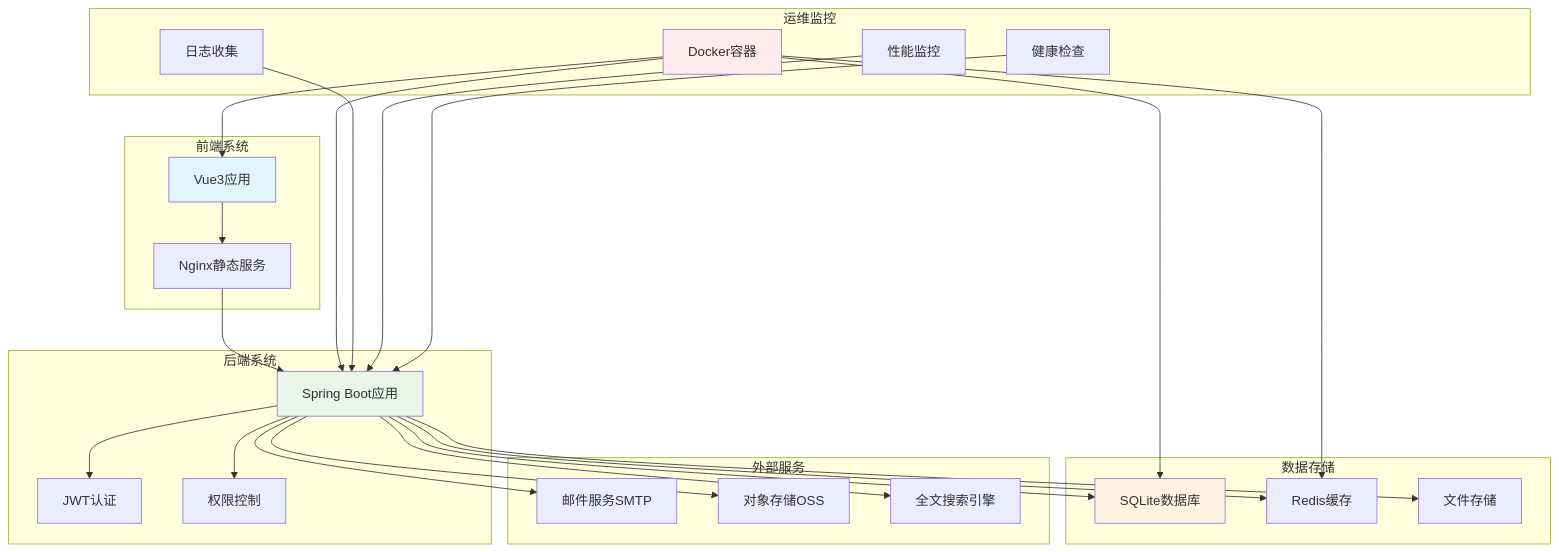
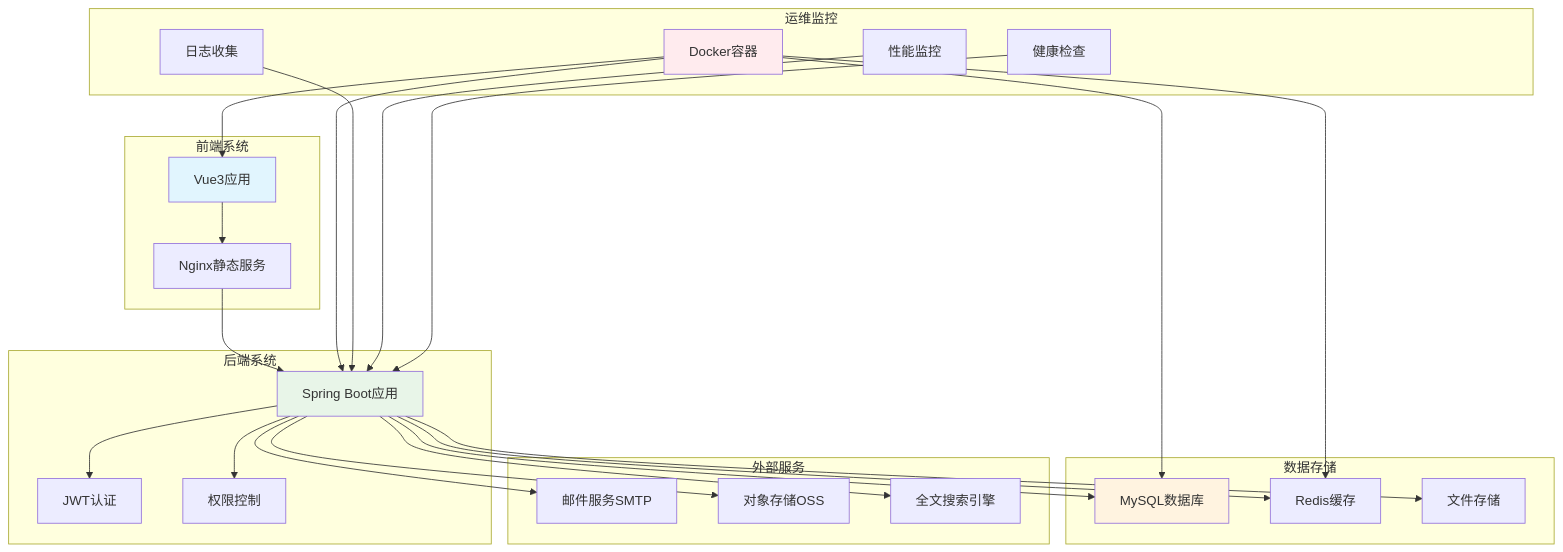
The tenth of 30 diagrams in docs/详细设计说明书.md (UchihaYe/springboot_master_team_knowledge_base), drawn with Mermaid before and after one commit. The commit also changed other lines of this file and 54 other files, not shown here.

````diff
--- a/docs/详细设计说明书.md
+++ b/docs/详细设计说明书.md
@@ -433,57 +433,57 @@
 ```mermaid
 graph TB
     subgraph "前端系统"
         A[Vue3应用]
         B[Nginx静态服务]
     end
 
     subgraph "后端系统"
         C[Spring Boot应用]
         D[JWT认证]
         E[权限控制]
     end
 
     subgraph "数据存储"
-        F[SQLite数据库]
+        F[MySQL数据库]
         G[Redis缓存]
         H[文件存储]
     end
 
     subgraph "外部服务"
         I[邮件服务SMTP]
         J[对象存储OSS]
         K[全文搜索引擎]
     end
 
     subgraph "运维监控"
         L[Docker容器]
         M[日志收集]
         N[性能监控]
         O[健康检查]
     end
 
     A --> B
     B --> C
     C --> D
     C --> E
     C --> F
     C --> G
     C --> H
     C --> I
     C --> J
     C --> K
 
     L --> A
     L --> C
     L --> F
     L --> G
 
     M --> C
     N --> C
     O --> C
 
     style A fill:#e1f5fe
     style C fill:#e8f5e8
     style F fill:#fff3e0
     style L fill:#ffebee
 ```
````
